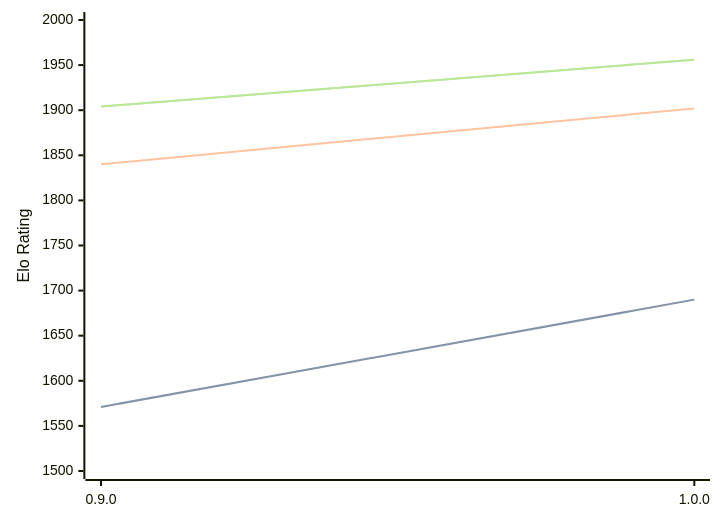
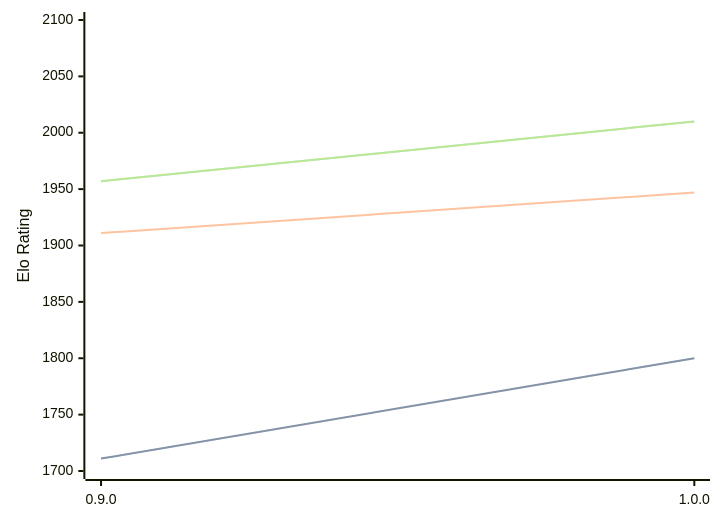
One commit to computer-chess-index/cci changed the diagram in engines/Ratsu.md. Above: the diagram before and after it, drawn with Mermaid. The commit also changed other lines of this file, not shown here.

Commit message:
Update CCI Ratings (ELO VLTC) - 2026-02-24

````diff
--- a/engines/Ratsu.md
+++ b/engines/Ratsu.md
@@ -29,11 +29,11 @@
 ```mermaid
 %%{init: {"theme":"base","themeVariables":{"seriesColors:['#a3a3a3','#222221','#faa371']}}}%%
 xychart-beta
   x-axis ["0.9.0", "1.0.0"]
-  y-axis "Elo Rating" 1500 --> 2000
-  line "STC (8.0+0.08s)" [1571, 1690]
-  line "STC (8.0+0.08s)" [1571, 1690]
-  line "LTC (60.0+0.60s)" [1840, 1902]
-  line "VLTC (2m24s+1.12s)" [1904, 1956]
-  line "VLTC (2m24s+1.12s)" [1904, 1956]
+  y-axis "Elo Rating" 1700 --> 2100
+  line "STC (8.0+0.08s)" [1711, 1800]
+  line "STC (8.0+0.08s)" [1711, 1800]
+  line "LTC (60.0+0.60s)" [1911, 1947]
+  line "VLTC (2m24s+1.12s)" [1957, 2010]
+  line "VLTC (2m24s+1.12s)" [1957, 2010]
 ```
````
